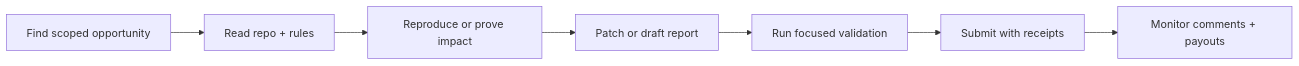
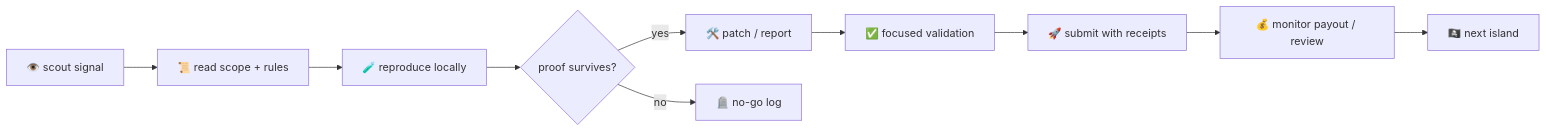
One commit to GHX5T-SOL/GHX5T-SOL changed the diagram in README.md. Above: the diagram before and after it, drawn with Mermaid. The commit also changed other lines of this file and 4 other files, not shown here.

````diff
--- a/README.md
+++ b/README.md
@@ -60,9 +110,12 @@
 ```mermaid
 flowchart LR
-  A[Find scoped opportunity] --> B[Read repo + rules]
-  B --> C[Reproduce or prove impact]
-  C --> D[Patch or draft report]
-  D --> E[Run focused validation]
-  E --> F[Submit with receipts]
-  F --> G[Monitor comments + payouts]
+  A["👁️ scout signal"] --> B["📜 read scope + rules"]
+  B --> C["🧪 reproduce locally"]
+  C --> D{"proof survives?"}
+  D -- "yes" --> E["🛠️ patch / report"]
+  D -- "no" --> X["🪦 no-go log"]
+  E --> F["✅ focused validation"]
+  F --> G["🚀 submit with receipts"]
+  G --> H["💰 monitor payout / review"]
+  H --> I["🏴‍☠️ next island"]
 ```
````
